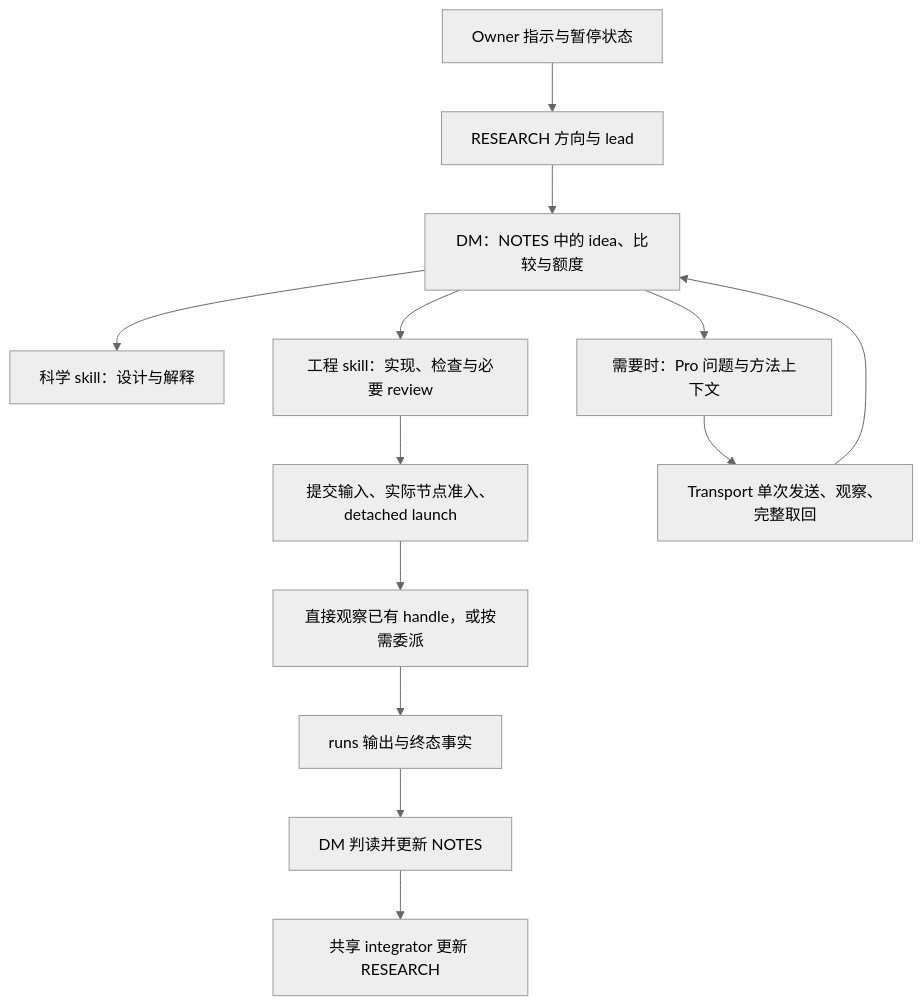
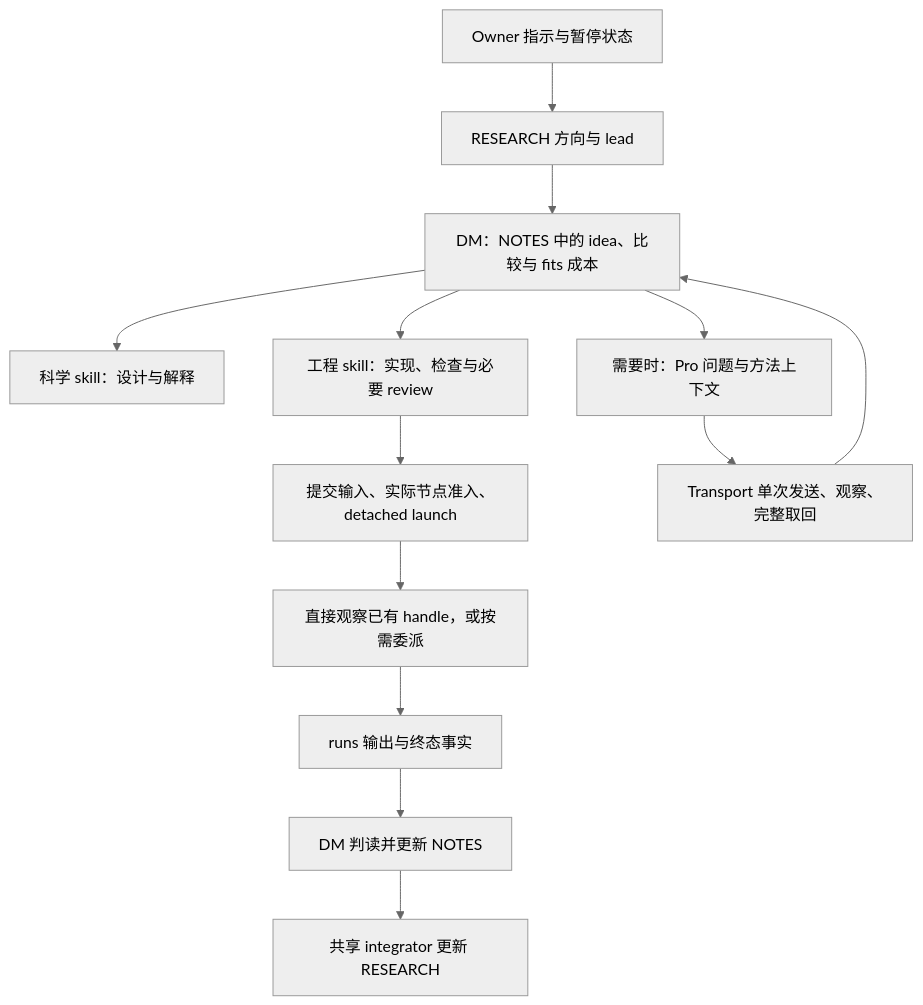
One commit to CartmanFatass/My-paper-code changed the diagram in docs/project/CONTROL_PLANE_GUIDANCE.md. Above: the diagram before and after it, drawn with Mermaid (neutral theme). The commit also changed other lines of this file and 9 other files, not shown here.

````diff
--- a/docs/project/CONTROL_PLANE_GUIDANCE.md
+++ b/docs/project/CONTROL_PLANE_GUIDANCE.md
@@ -67,15 +93,15 @@
 ```mermaid
 flowchart TD
     A[Owner 指示与暂停状态] --> B[RESEARCH 方向与 lead]
-    B --> C[DM：NOTES 中的 idea、比较与额度]
+    B --> C[DM：NOTES 中的 idea、比较与 fits 成本]
     C --> D[科学 skill：设计与解释]
     C --> E[工程 skill：实现、检查与必要 review]
     E --> F[提交输入、实际节点准入、detached launch]
     F --> G[直接观察已有 handle，或按需委派]
     G --> H[runs 输出与终态事实]
     H --> I[DM 判读并更新 NOTES]
     I --> J[共享 integrator 更新 RESEARCH]
     C --> K[需要时：Pro 问题与方法上下文]
     K --> L[Transport 单次发送、观察、完整取回]
     L --> C
 ```
````
